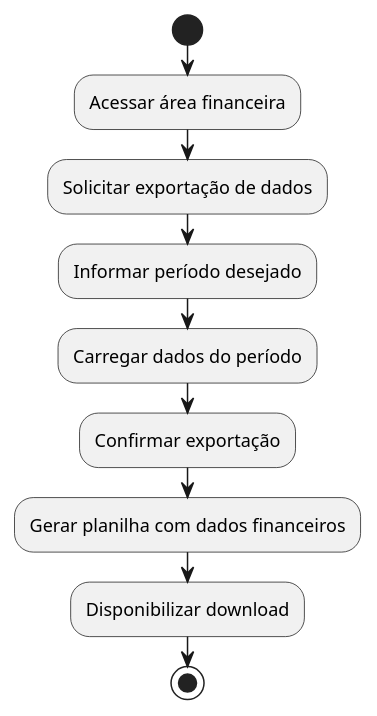
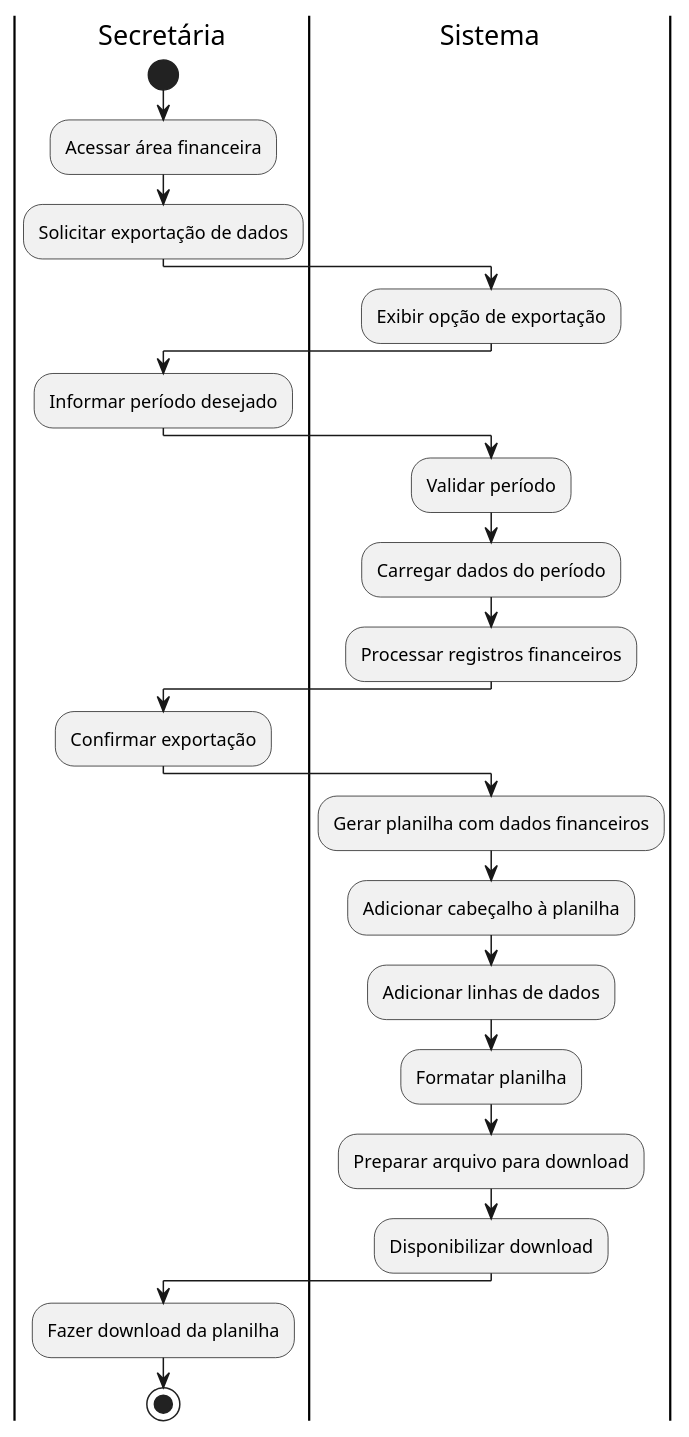
The diagram in atividades/Caso_12_Atividade.puml (viniciusdias2902/modelagem_uml), drawn with PlantUML before and after one commit. The commit also changed 32 other files, not shown here.

Commit message:
Correção dos diagramas de atividade

```diff
--- a/atividades/Caso_12_Atividade.puml
+++ b/atividades/Caso_12_Atividade.puml
@@ -1,11 +1,32 @@
 @startuml
+|Secretária|
 start
 :Acessar área financeira;
 :Solicitar exportação de dados;
+
+|Sistema|
+:Exibir opção de exportação;
+
+|Secretária|
 :Informar período desejado;
+
+|Sistema|
+:Validar período;
 :Carregar dados do período;
+:Processar registros financeiros;
+
+|Secretária|
 :Confirmar exportação;
+
+|Sistema|
 :Gerar planilha com dados financeiros;
+:Adicionar cabeçalho à planilha;
+:Adicionar linhas de dados;
+:Formatar planilha;
+:Preparar arquivo para download;
 :Disponibilizar download;
+
+|Secretária|
+:Fazer download da planilha;
 stop
 @enduml
```
